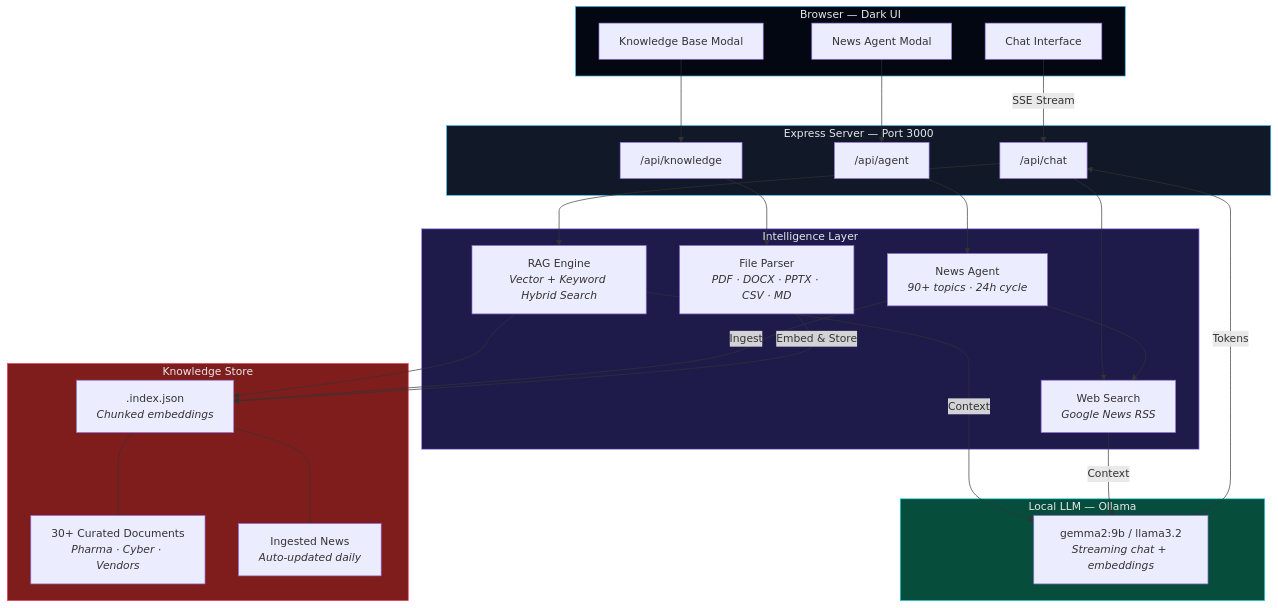
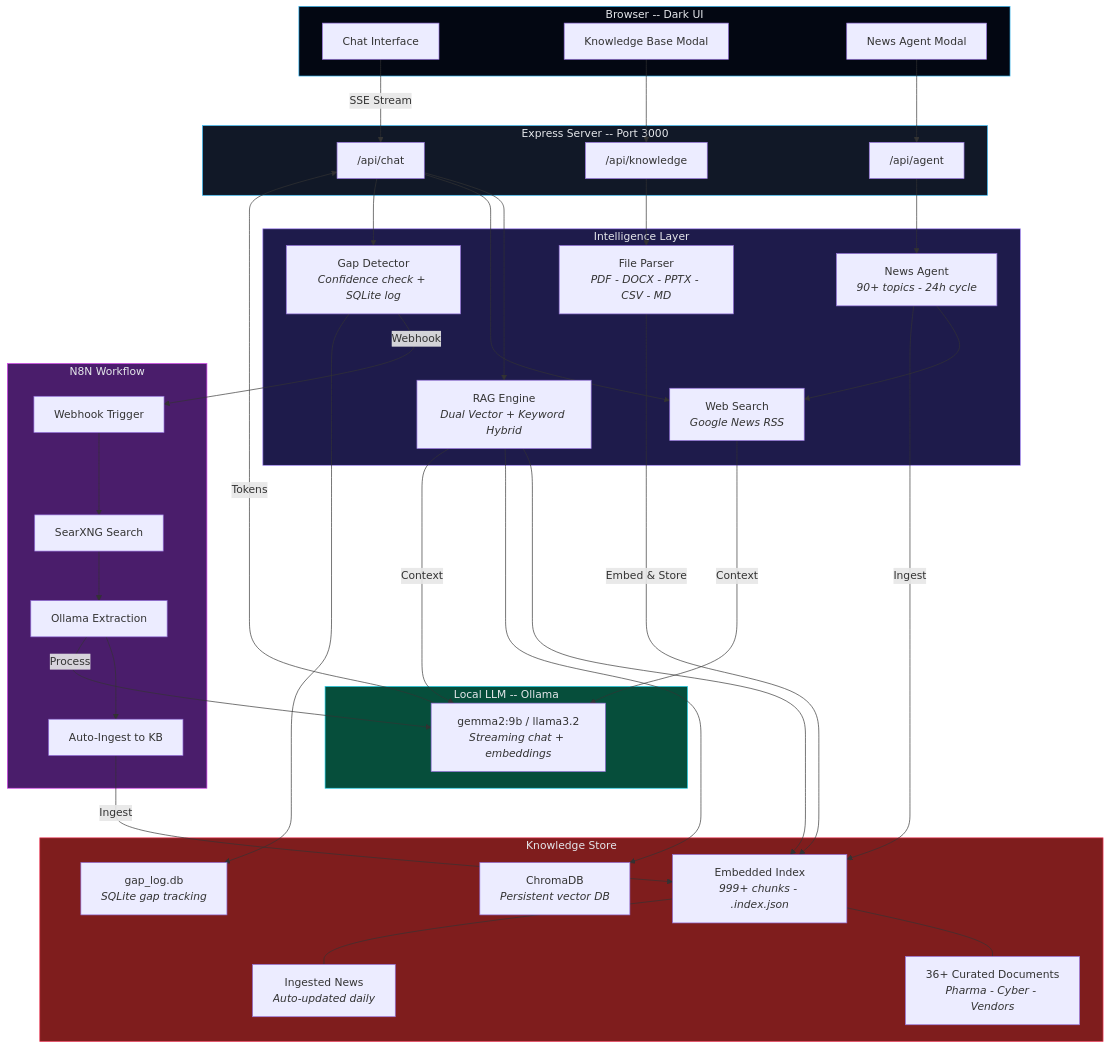
The first of 2 diagrams in README.md (sebdallais-git/PharmaCyberLLM), drawn with Mermaid before and after one commit. The commit also changed other lines of this file and 22 other files, not shown here.

First line of the commit message:
feat: add ChromaDB, gap detection, N8N workflow, and expanded knowledge base

````diff
--- a/README.md
+++ b/README.md
@@ -71,58 +124,79 @@
 ```mermaid
 graph TB
-    subgraph CLIENT["Browser — Dark UI"]
+    subgraph CLIENT["Browser -- Dark UI"]
         CHAT["Chat Interface"]
         KB["Knowledge Base Modal"]
         NA["News Agent Modal"]
     end
 
-    subgraph SERVER["Express Server — Port 3000"]
+    subgraph SERVER["Express Server -- Port 3000"]
         API_CHAT["/api/chat"]
         API_KB["/api/knowledge"]
         API_AGENT["/api/agent"]
     end
 
     subgraph INTELLIGENCE["Intelligence Layer"]
-        RAG["RAG Engine<br/><i>Vector + Keyword Hybrid Search</i>"]
+        RAG["RAG Engine<br/><i>Dual Vector + Keyword Hybrid</i>"]
         WEB["Web Search<br/><i>Google News RSS</i>"]
-        AGENT["News Agent<br/><i>90+ topics · 24h cycle</i>"]
-        PARSE["File Parser<br/><i>PDF · DOCX · PPTX · CSV · MD</i>"]
+        AGENT["News Agent<br/><i>90+ topics - 24h cycle</i>"]
+        PARSE["File Parser<br/><i>PDF - DOCX - PPTX - CSV - MD</i>"]
+        GAP["Gap Detector<br/><i>Confidence check + SQLite log</i>"]
     end
 
-    subgraph LLM["Local LLM — Ollama"]
+    subgraph ORCHESTRATION["N8N Workflow"]
+        N8N_WH["Webhook Trigger"]
+        N8N_SEARCH["SearXNG Search"]
+        N8N_EXTRACT["Ollama Extraction"]
+        N8N_STORE["Auto-Ingest to KB"]
+    end
+
+    subgraph LLM["Local LLM -- Ollama"]
         MODEL["gemma2:9b / llama3.2<br/><i>Streaming chat + embeddings</i>"]
     end
 
     subgraph STORE["Knowledge Store"]
-        DOCS["30+ Curated Documents<br/><i>Pharma · Cyber · Vendors</i>"]
-        INDEX[".index.json<br/><i>Chunked embeddings</i>"]
+        EMBEDDED["Embedded Index<br/><i>999+ chunks - .index.json</i>"]
+        CHROMA["ChromaDB<br/><i>Persistent vector DB</i>"]
+        DOCS["36+ Curated Documents<br/><i>Pharma - Cyber - Vendors</i>"]
         NEWS["Ingested News<br/><i>Auto-updated daily</i>"]
+        GAPDB["gap_log.db<br/><i>SQLite gap tracking</i>"]
     end
 
     CHAT -->|SSE Stream| API_CHAT
     KB --> API_KB
     NA --> API_AGENT
 
     API_CHAT --> RAG
     API_CHAT --> WEB
+    API_CHAT --> GAP
     API_KB --> PARSE
     API_AGENT --> AGENT
 
-    RAG --> INDEX
+    GAP -->|Webhook| N8N_WH
+    N8N_WH --> N8N_SEARCH
+    N8N_SEARCH --> N8N_EXTRACT
+    N8N_EXTRACT --> N8N_STORE
+    N8N_STORE -->|Ingest| EMBEDDED
+
+    GAP --> GAPDB
+    RAG --> EMBEDDED
+    RAG --> CHROMA
     AGENT --> WEB
-    AGENT -->|Ingest| INDEX
-    PARSE -->|Embed & Store| INDEX
+    AGENT -->|Ingest| EMBEDDED
+    PARSE -->|Embed & Store| EMBEDDED
 
     RAG -->|Context| MODEL
     WEB -->|Context| MODEL
+    N8N_EXTRACT -->|Process| MODEL
     MODEL -->|Tokens| API_CHAT
 
-    INDEX --- DOCS
-    INDEX --- NEWS
+    EMBEDDED --- DOCS
+    EMBEDDED --- NEWS
 
     style CLIENT fill:#030712,stroke:#38bdf8,color:#e5e7eb
     style SERVER fill:#111827,stroke:#38bdf8,color:#e5e7eb
     style INTELLIGENCE fill:#1e1b4b,stroke:#a78bfa,color:#e5e7eb
+    style ORCHESTRATION fill:#4a1d6b,stroke:#d946ef,color:#e5e7eb
     style LLM fill:#064e3b,stroke:#22d3ee,color:#e5e7eb
     style STORE fill:#7f1d1d,stroke:#f43f5e,color:#e5e7eb
 ```
````
